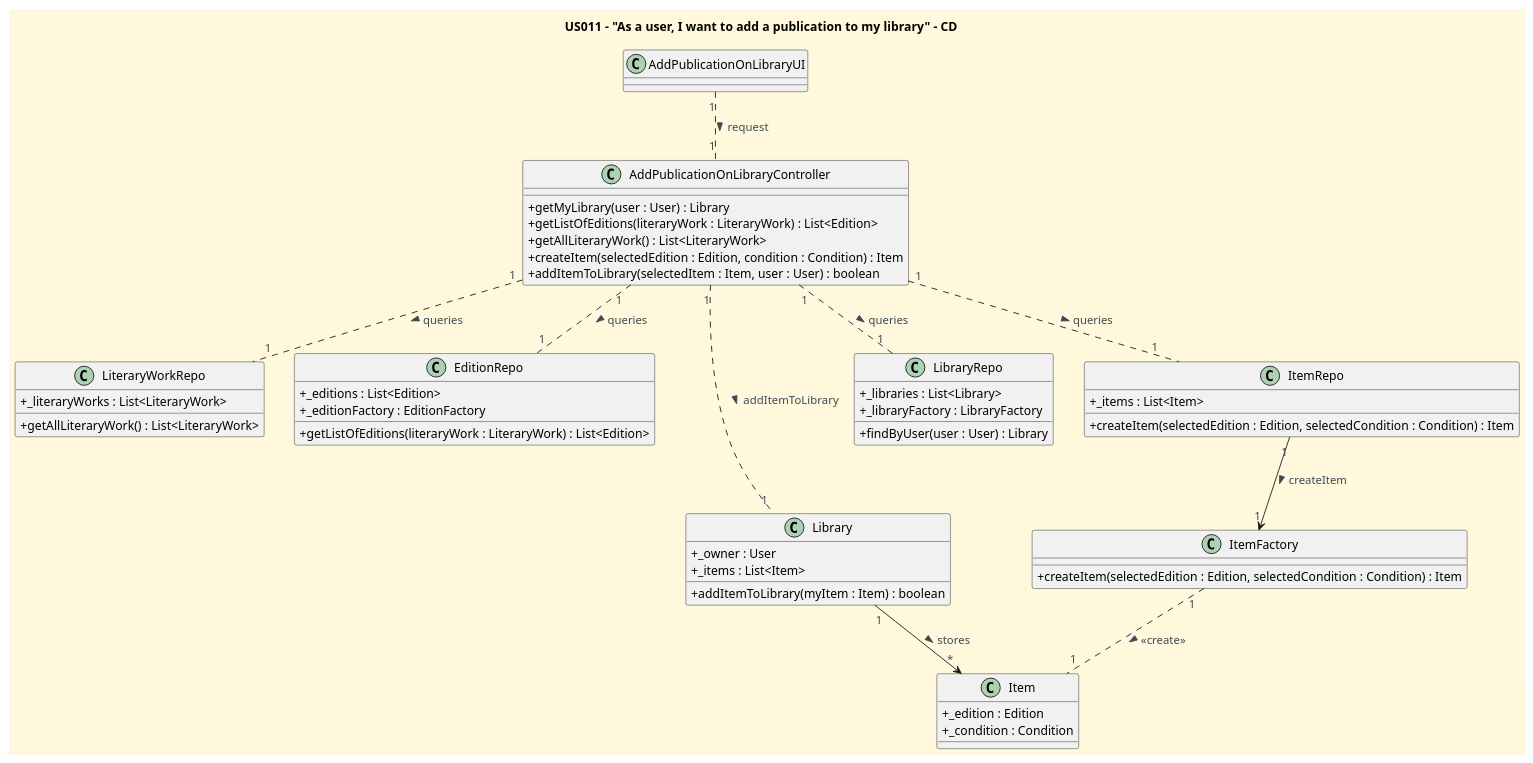
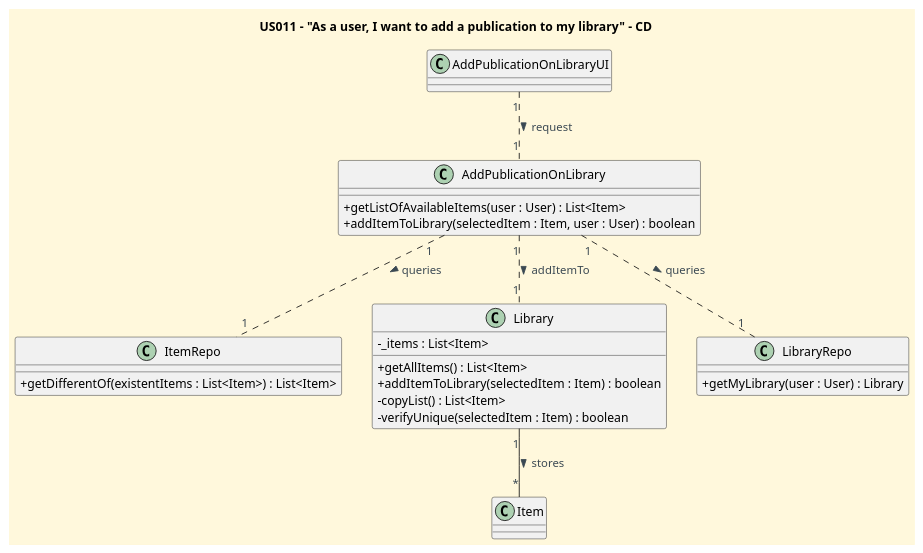
The diagram in docs/userStories/US011/US011_add_publication_to_my_library_CD.puml (CarolinaLeite-collab/JavaMarketplacePlatform), drawn with PlantUML before and after one commit. The commit also changed 1 other file, not shown here.

```diff
--- a/docs/userStories/US011/US011_add_publication_to_my_library_CD.puml
+++ b/docs/userStories/US011/US011_add_publication_to_my_library_CD.puml
@@ -1,75 +1,48 @@
 @startuml
 'https://plantuml.com/class-diagram
 title US011 – "As a user, I want to add a publication to my library" - CD
 
-
-'==== basic style ====
 skinparam monochrome false
 skinparam shadowing false
 skinparam defaultFontName Futura
 skinparam objectFontSize 20
 skinparam backgroundColor CornSilk
 skinparam objectBackgroundColor WhiteSmoke
 skinparam noteBackgroundColor #FFFFE0
 skinparam ArrowFontColor #3B4953
 skinparam ActivationBackgroundColor black
 skinparam classAttributeIconSize 0
 
 class AddPublicationOnLibraryUI
 
-class AddPublicationOnLibraryController {
-    + getMyLibrary(user : User) : Library
-    + getListOfEditions(literaryWork : LiteraryWork) : List<Edition>
-    + getAllLiteraryWork() : List<LiteraryWork>
-    + createItem(selectedEdition : Edition, condition : Condition) : Item
+class AddPublicationOnLibrary {
+    + getListOfAvailableItems(user : User) : List<Item>
     + addItemToLibrary(selectedItem : Item, user : User) : boolean
 }
 
-class LiteraryWorkRepo {
-    + _literaryWorks : List<LiteraryWork>
-    + getAllLiteraryWork() : List<LiteraryWork>
-}
-
-class EditionRepo {
-    + _editions : List<Edition>
-    + _editionFactory : EditionFactory
-    + getListOfEditions(literaryWork : LiteraryWork) : List<Edition>
+class ItemRepo {
+    + getDifferentOf(existentItems : List<Item>) : List<Item>
 }
 
 class Library {
-    + _owner : User
-    + _items : List<Item>
-    + addItemToLibrary(myItem : Item) : boolean
+    - _items : List<Item>
+    + getAllItems() : List<Item>
+    + addItemToLibrary(selectedItem : Item) : boolean
+    - copyList() : List<Item>
+    - verifyUnique(selectedItem : Item) : boolean
 }
 
 class LibraryRepo {
-    + _libraries : List<Library>
-    + _libraryFactory : LibraryFactory
-    + findByUser(user : User) : Library
+     + getMyLibrary(user : User) : Library
 }
 
-class ItemRepo {
-    + _items : List<Item>
-    + createItem(selectedEdition : Edition, selectedCondition : Condition) : Item
-}
-
-class ItemFactory {
-     + createItem(selectedEdition : Edition, selectedCondition : Condition) : Item
-}
-
-class Item {
-    + _edition : Edition
-    + _condition : Condition
-}
+class Item
 
 
-"AddPublicationOnLibraryUI" "1" .. "1" "AddPublicationOnLibraryController" : request >
-"AddPublicationOnLibraryController" "1" ... "1" "Library" : addItemToLibrary >
-"AddPublicationOnLibraryController" "1"  .. "1" "LibraryRepo" : queries >
-"AddPublicationOnLibraryController" "1" .. "1" "LiteraryWorkRepo" : queries >
-"AddPublicationOnLibraryController" "1" .. "1" "EditionRepo" : queries >
-"AddPublicationOnLibraryController" "1" .. "1" "ItemRepo" : queries >
-"ItemRepo" "1" --> "1" "ItemFactory" : createItem >
-"ItemFactory" "1" .. "1" Item : <<create>> >
-"Library" "1" --> "*" Item : stores >
+AddPublicationOnLibraryUI "1" .. "1" AddPublicationOnLibrary : request >
+AddPublicationOnLibrary "1" .. "1" ItemRepo : queries >
+AddPublicationOnLibrary "1" .. "1" Library : addItemTo >
+AddPublicationOnLibrary "1" .. "1" LibraryRepo : queries >
+Library "1" -- "*" Item : stores >
+
 @enduml
```
